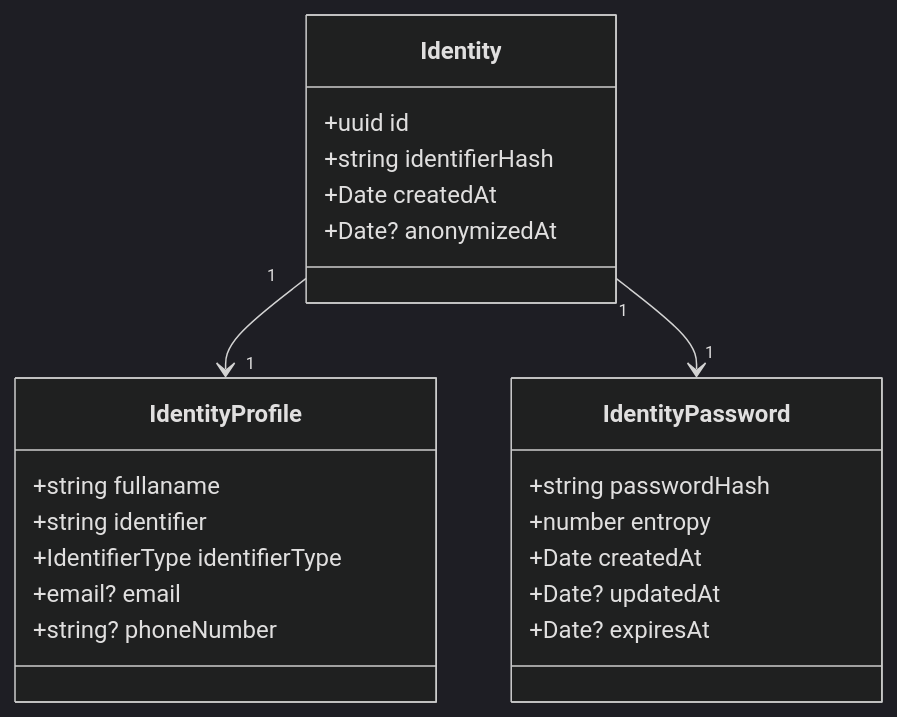
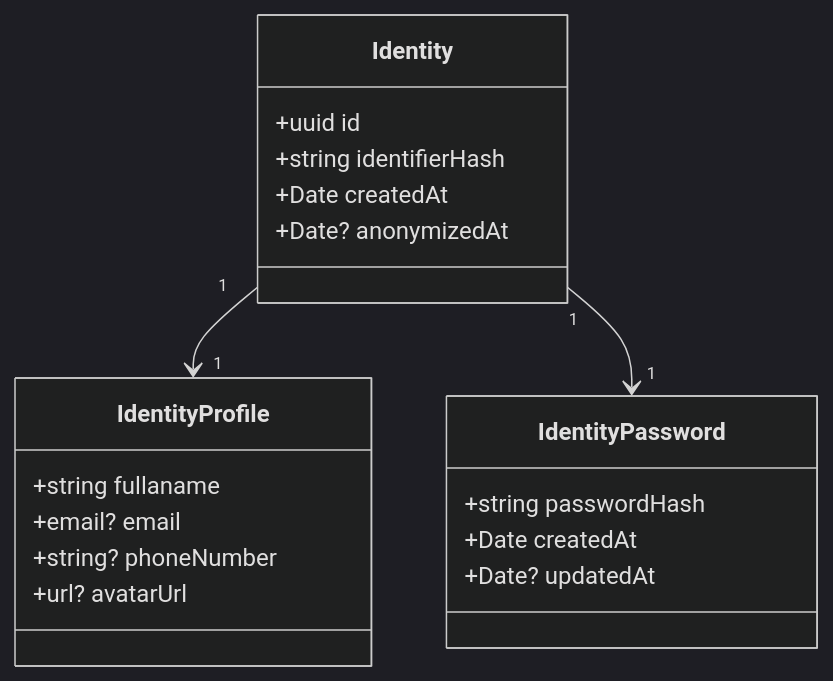
One commit to ales-albert-kilbergr/idm changed the diagram in apps/docs/docs/model/intro.md. Above: the diagram before and after it, drawn with Mermaid (dark theme). The commit also changed 7 other files, not shown here.

````diff
--- a/apps/docs/docs/model/intro.md
+++ b/apps/docs/docs/model/intro.md
@@ -8,29 +8,26 @@
 ```mermaid
 classDiagram
 
   class Identity {
     +uuid id
     +string identifierHash
     +Date createdAt
     +Date? anonymizedAt
   }
 
   class IdentityProfile {
     +string fullaname
-    +string identifier
-    +IdentifierType identifierType
     +email? email
     +string? phoneNumber
+    +url? avatarUrl
   }
 
   class IdentityPassword {
     +string passwordHash
-    +number entropy
     +Date createdAt
     +Date? updatedAt
-    +Date? expiresAt
   }
 
   Identity "1" --> "1" IdentityProfile
   Identity "1" --> "1" IdentityPassword
 ```
````
